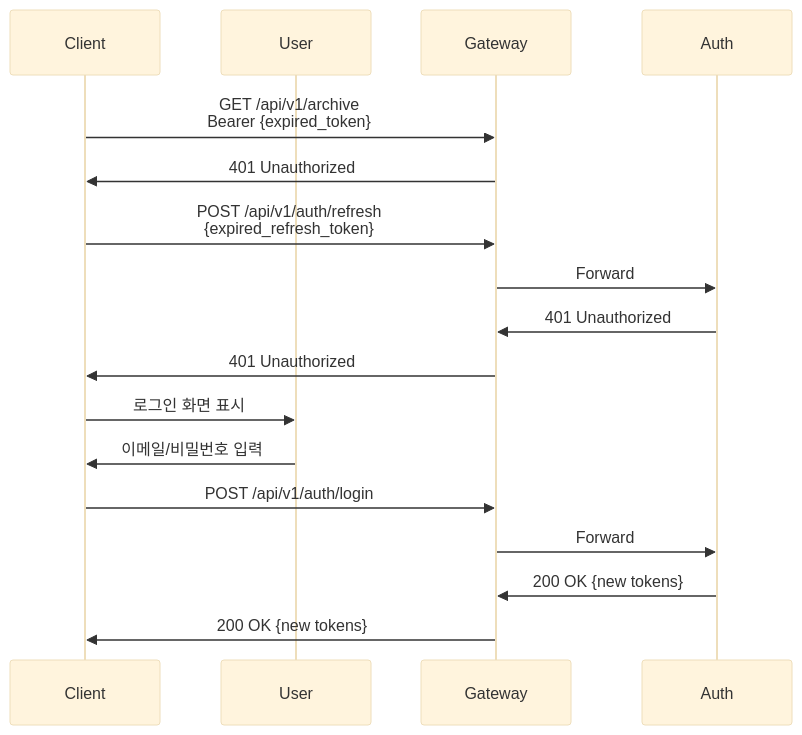
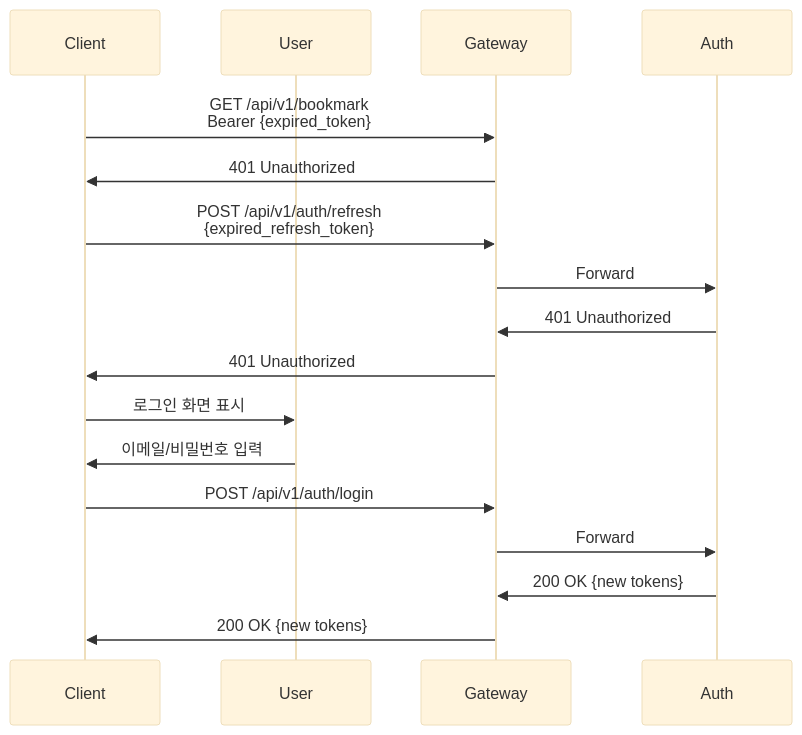
One commit to thswlsqls/tech-n-ai changed the second of 2 diagrams in docs/reference/API-SPECIFICATION.md. Above: the diagram before and after it, drawn with Mermaid (base theme). The commit also changed other lines of this file and 68 other files, not shown here.

````diff
--- a/docs/reference/API-SPECIFICATION.md
+++ b/docs/reference/API-SPECIFICATION.md
@@ -442,20 +775,20 @@
 ```mermaid
 sequenceDiagram
     participant Client
     participant User
     participant Gateway
     participant Auth
 
-    Client->>Gateway: GET /api/v1/archive<br/>Bearer {expired_token}
+    Client->>Gateway: GET /api/v1/bookmark<br/>Bearer {expired_token}
     Gateway->>Client: 401 Unauthorized
     Client->>Gateway: POST /api/v1/auth/refresh<br/>{expired_refresh_token}
     Gateway->>Auth: Forward
     Auth->>Gateway: 401 Unauthorized
     Gateway->>Client: 401 Unauthorized
     Client->>User: 로그인 화면 표시
     User->>Client: 이메일/비밀번호 입력
     Client->>Gateway: POST /api/v1/auth/login
     Gateway->>Auth: Forward
     Auth->>Gateway: 200 OK {new tokens}
     Gateway->>Client: 200 OK {new tokens}
 ```
````
